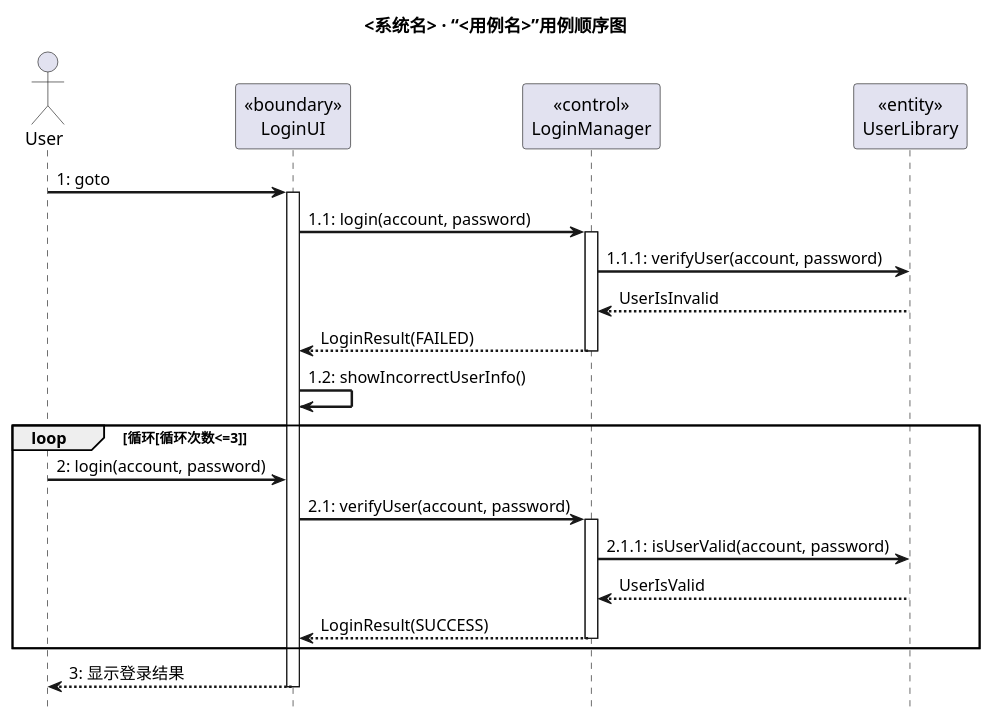
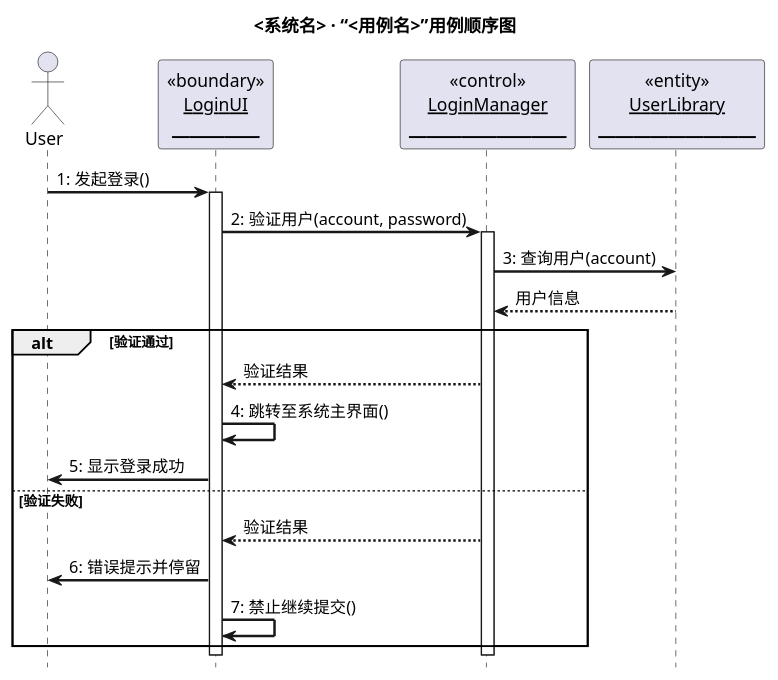
Before and after one commit to ashyh123/uml-to-plantuml: the second of 5 diagrams in uml-to-plantuml/references/behavioral.md, drawn with PlantUML. The commit also changed other lines of this file and 5 other files, not shown here.

Commit message:
顺序图boundary/control名称下加横线(课件约定); 新增架构图(SE8体系结构四视图: 包图+构件图+部署图); 全模板Kroki渲染验证通过

````diff
--- a/uml-to-plantuml/references/behavioral.md
+++ b/uml-to-plantuml/references/behavioral.md
@@ -59,36 +60,33 @@
 ```plantuml
 @startuml
 skinparam backgroundColor #FFFFFF
 skinparam sequenceArrowThickness 2
 skinparam NoteBackgroundColor #FFF7CC
 skinparam NoteBorderColor #CC9900
 title <系统名> · “<用例名>”用例顺序图
 hide footbox
 
 actor User
-participant "«boundary»\nLoginUI" as UI
-participant "«control»\nLoginManager" as CM
-participant "«entity»\nUserLibrary" as UL
+participant "«boundary»\n__LoginUI__\n<u>＿＿＿＿＿</u>" as UI
+participant "«control»\n__LoginManager__\n<u>＿＿＿＿＿＿＿＿＿</u>" as CM
+participant "«entity»\n__UserLibrary__\n<u>＿＿＿＿＿＿＿＿＿</u>" as UL
 
-User -> UI : 1: goto
+User -> UI : 1: 发起登录()
 activate UI
-UI -> CM : 1.1: login(account, password)
+UI -> CM : 2: 验证用户(account, password)
 activate CM
-CM -> UL : 1.1.1: verifyUser(account, password)
-UL --> CM : UserIsInvalid
-CM --> UI : LoginResult(FAILED)
+CM -> UL : 3: 查询用户(account)
+UL --> CM : 用户信息
+alt 验证通过
+  CM --> UI : 验证结果
+  UI -> UI : 4: 跳转至系统主界面()
+  UI -> User : 5: 显示登录成功
+else 验证失败
+  CM --> UI : 验证结果
+  UI -> User : 6: 错误提示并停留
+  UI -> UI : 7: 禁止继续提交()
+end
 deactivate CM
-UI -> UI : 1.2: showIncorrectUserInfo()
-loop 循环[循环次数<=3]
-  User -> UI : 2: login(account, password)
-  UI -> CM : 2.1: verifyUser(account, password)
-  activate CM
-  CM -> UL : 2.1.1: isUserValid(account, password)
-  UL --> CM : UserIsValid
-  CM --> UI : LoginResult(SUCCESS)
-  deactivate CM
-end
-UI --> User : 3: 显示登录结果
 deactivate UI
 @enduml
 ```
````
